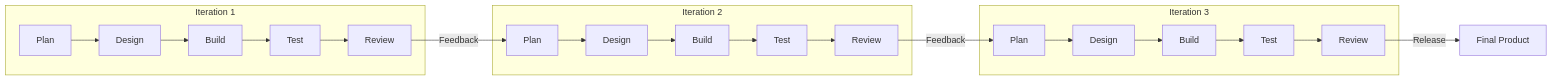
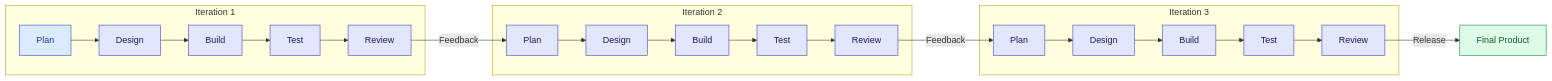
Before and after one commit to ghanendra-sdet/manual-testing-playbook: the sixth of 11 diagrams in Part_04_SDLC_Models.md, drawn with Mermaid. The commit also changed other lines of this file and 15 other files, not shown here.

Commit message:
Fix broken routes and anchors; update OWASP 2025, ISTQB v4.0, WCAG 2.2, Jira/Zephyr naming and pricing; style diagrams

````diff
--- a/Part_04_SDLC_Models.md
+++ b/Part_04_SDLC_Models.md
@@ -789,18 +805,27 @@
 ```mermaid
 flowchart LR
     subgraph Iteration1["Iteration 1"]
         A1["Plan"] --> A2["Design"] --> A3["Build"] --> A4["Test"] --> A5["Review"]
     end
 
     subgraph Iteration2["Iteration 2"]
         B1["Plan"] --> B2["Design"] --> B3["Build"] --> B4["Test"] --> B5["Review"]
     end
 
     subgraph Iteration3["Iteration 3"]
         C1["Plan"] --> C2["Design"] --> C3["Build"] --> C4["Test"] --> C5["Review"]
     end
 
     A5 -->|"Feedback"| B1
     B5 -->|"Feedback"| C1
     C5 -->|"Release"| D["Final Product"]
+
+    classDef start fill:#dbeafe,stroke:#1d4ed8,color:#1e3a8a
+    classDef step fill:#e0e7ff,stroke:#4338ca,color:#1e1b4b
+    classDef decision fill:#fef3c7,stroke:#b45309,color:#78350f
+    classDef good fill:#dcfce7,stroke:#15803d,color:#14532d
+    classDef bad fill:#fee2e2,stroke:#b91c1c,color:#7f1d1d
+    class A1 start
+    class A2,A3,A4,A5,B1,B2,B3,B4,B5,C1,C2,C3,C4,C5 step
+    class D good
 ```
````
